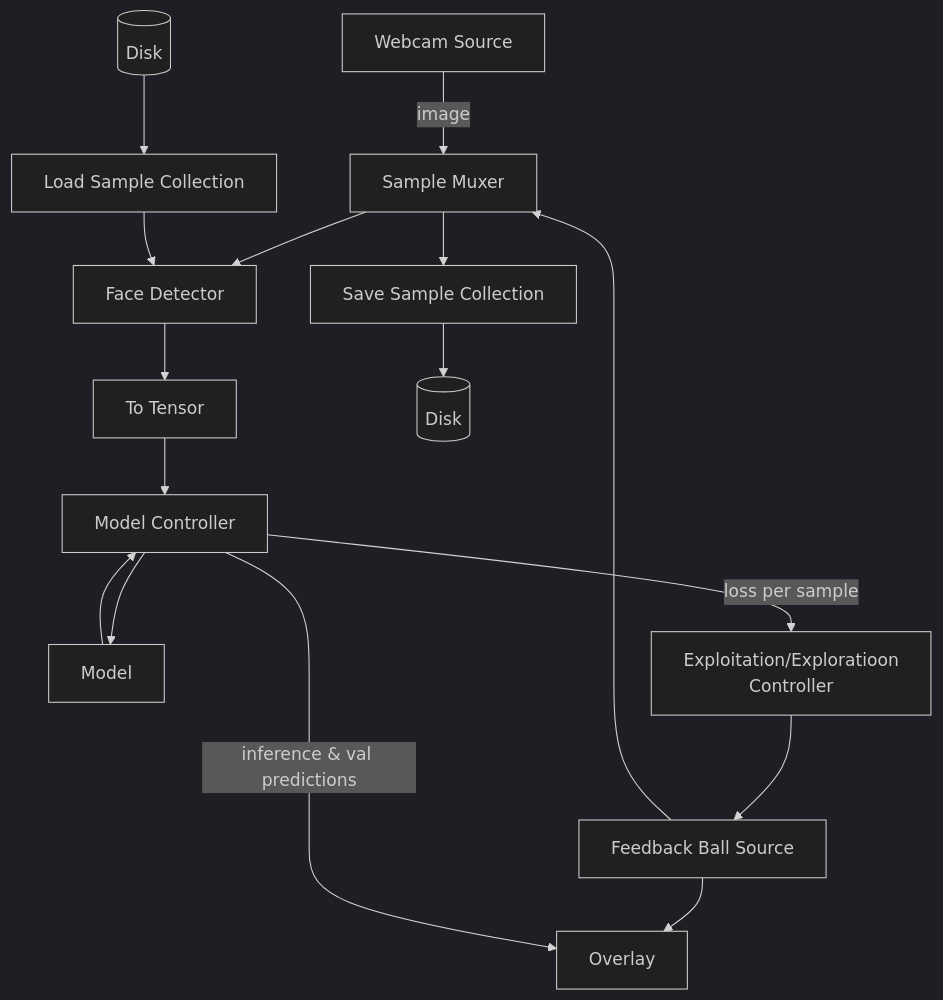
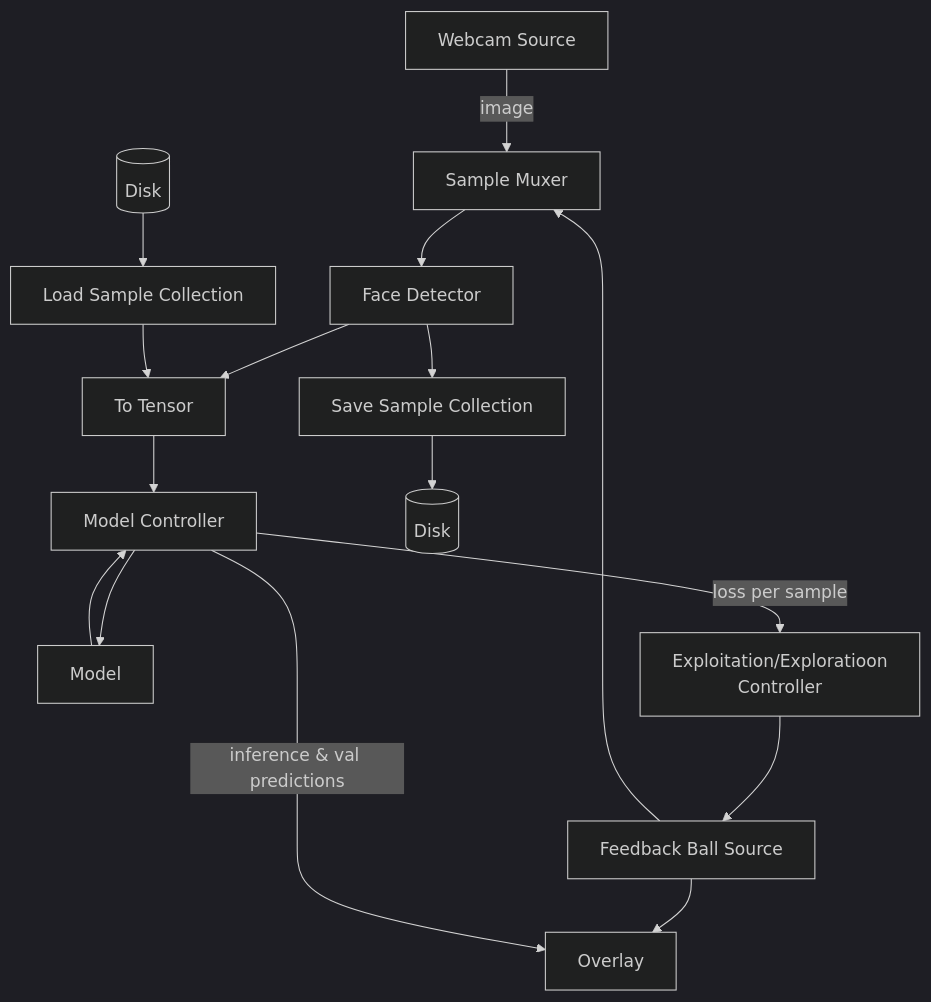
One commit to BertRamlot/FlexML changed the diagram in examples/eye_tracker/README.md. Above: the diagram before and after it, drawn with Mermaid (dark theme). The commit also changed 9 other files, not shown here.

````diff
--- a/examples/eye_tracker/README.md
+++ b/examples/eye_tracker/README.md
@@ -31,32 +31,32 @@
 ```mermaid
 graph TD;
     img_src[Webcam Source]
     gt_src[Feedback Ball Source]
     sample_muxer[Sample Muxer]
     model_cntrl[Model Controller]
     model_ele[Model]
     load_sample_coll[Load Sample Collection]
     save_sample_coll[Save Sample Collection]
     gaze_to_face_convertor[Face Detector]
     overlay[Overlay]
     to_train_sample[To Tensor]
     explor_exploit[Exploitation/Exploratioon\nController]
     disk_input[(Disk)]
     disk_output[(Disk)]
 
     img_src-->|image|sample_muxer
     gt_src-->sample_muxer
     gt_src-->overlay
     sample_muxer-->gaze_to_face_convertor
     gaze_to_face_convertor-->to_train_sample
-    sample_muxer-->save_sample_coll
+    gaze_to_face_convertor-->save_sample_coll
     save_sample_coll-->disk_output
     disk_input-->load_sample_coll
-    load_sample_coll-->gaze_to_face_convertor
+    load_sample_coll-->to_train_sample
     to_train_sample-->model_cntrl
     model_cntrl-->model_ele
     model_cntrl-->|loss per sample|explor_exploit
     explor_exploit-->gt_src
     model_ele-->model_cntrl
     model_cntrl-->|inference & val predictions|overlay
 ```
````
